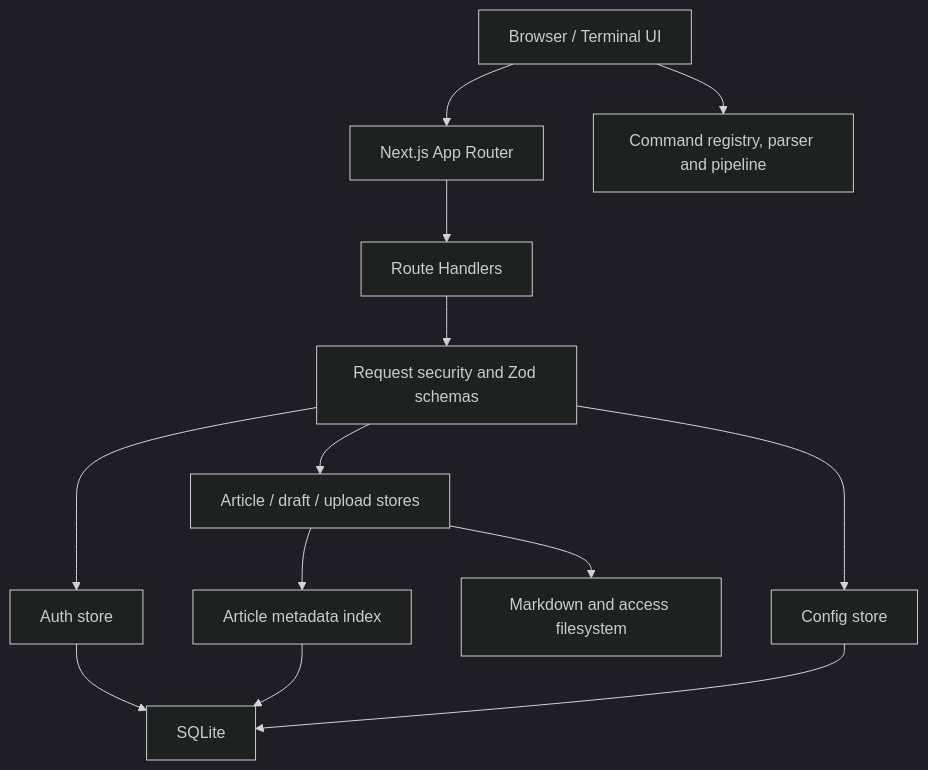
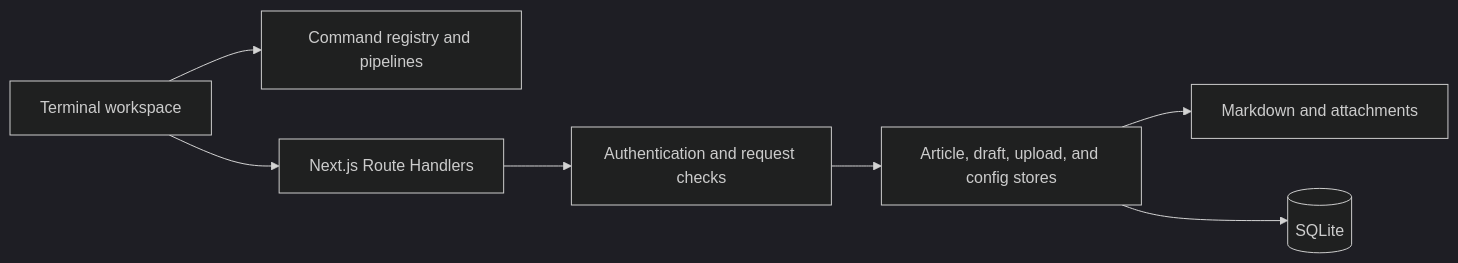
One commit to bao-cn/Terminal-Blog changed the diagram in README.en.md. Above: the diagram before and after it, drawn with Mermaid (dark theme). The commit also changed other lines of this file and 1 other file, not shown here.

````diff
--- a/README.en.md
+++ b/README.en.md
@@ -295,15 +241,9 @@
 ```mermaid
-flowchart TD
-  B["Browser / Terminal UI"] --> P["Next.js App Router"]
-  B --> C["Command registry, parser and pipeline"]
-  P --> R["Route Handlers"]
-  R --> S["Request security and Zod schemas"]
-  S --> A["Auth store"]
-  S --> AS["Article / draft / upload stores"]
-  S --> CS["Config store"]
-  AS --> F["Markdown and access filesystem"]
-  AS --> I["Article metadata index"]
-  A --> D["SQLite"]
-  I --> D
-  CS --> D
+flowchart LR
+  UI[Terminal workspace] --> Commands[Command registry and pipelines]
+  UI --> Routes[Next.js Route Handlers]
+  Routes --> Security[Authentication and request checks]
+  Security --> Stores[Article, draft, upload, and config stores]
+  Stores --> Files[Markdown and attachments]
+  Stores --> SQLite[(SQLite)]
 ```
````
